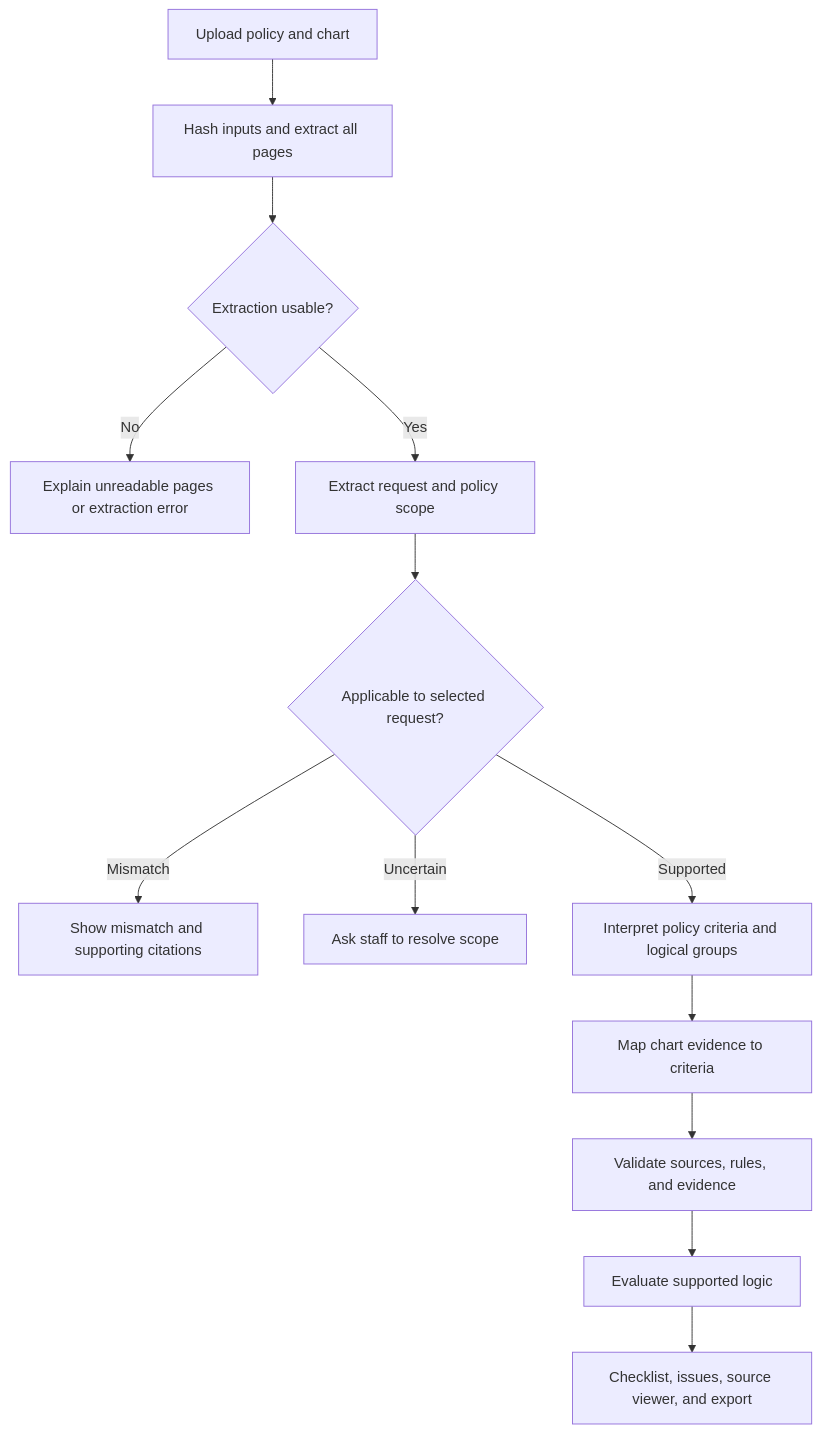
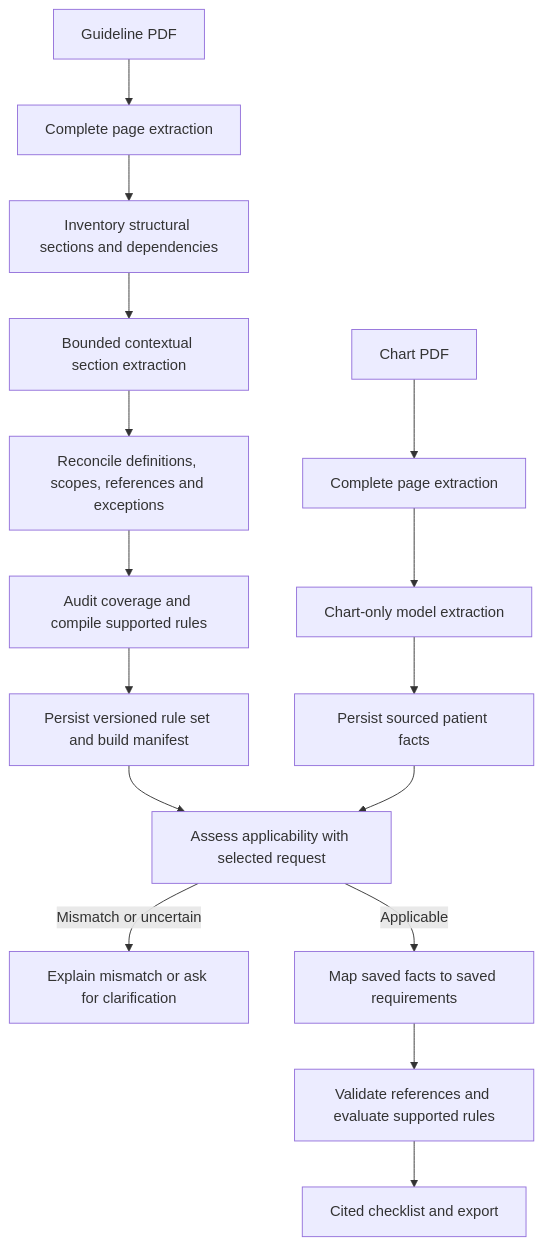
Before and after one commit to alexeynesteruk/aira: the second of 4 diagrams in docs/architecture.md, drawn with Mermaid. The commit also changed other lines of this file and 94 other files, not shown here.

````diff
--- a/docs/architecture.md
+++ b/docs/architecture.md
@@ -67,15 +69,18 @@
 ```mermaid
 flowchart TD
-    U[Upload policy and chart] --> D[Hash inputs and extract all pages]
-    D --> Q{Extraction usable?}
-    Q -->|No| X[Explain unreadable pages or extraction error]
-    Q -->|Yes| S[Extract request and policy scope]
-    S --> A{Applicable to selected request?}
-    A -->|Mismatch| M[Show mismatch and supporting citations]
-    A -->|Uncertain| H[Ask staff to resolve scope]
-    A -->|Supported| P[Interpret policy criteria and logical groups]
-    P --> E[Map chart evidence to criteria]
-    E --> V[Validate sources, rules, and evidence]
-    V --> R[Evaluate supported logic]
-    R --> O[Checklist, issues, source viewer, and export]
+    G[Guideline PDF] --> GP[Complete page extraction]
+    GP --> GI[Inventory structural sections and dependencies]
+    GI --> GR[Bounded contextual section extraction]
+    GR --> RC[Reconcile definitions, scopes, references and exceptions]
+    RC --> AU[Audit coverage and compile supported rules]
+    AU --> GS[Persist versioned rule set and build manifest]
+    C[Chart PDF] --> CP[Complete page extraction]
+    CP --> CF[Chart-only model extraction]
+    CF --> CS[Persist sourced patient facts]
+    GS --> A[Assess applicability with selected request]
+    CS --> A
+    A -->|Mismatch or uncertain| H[Explain mismatch or ask for clarification]
+    A -->|Applicable| M[Map saved facts to saved requirements]
+    M --> V[Validate references and evaluate supported rules]
+    V --> O[Cited checklist and export]
 ```
````
